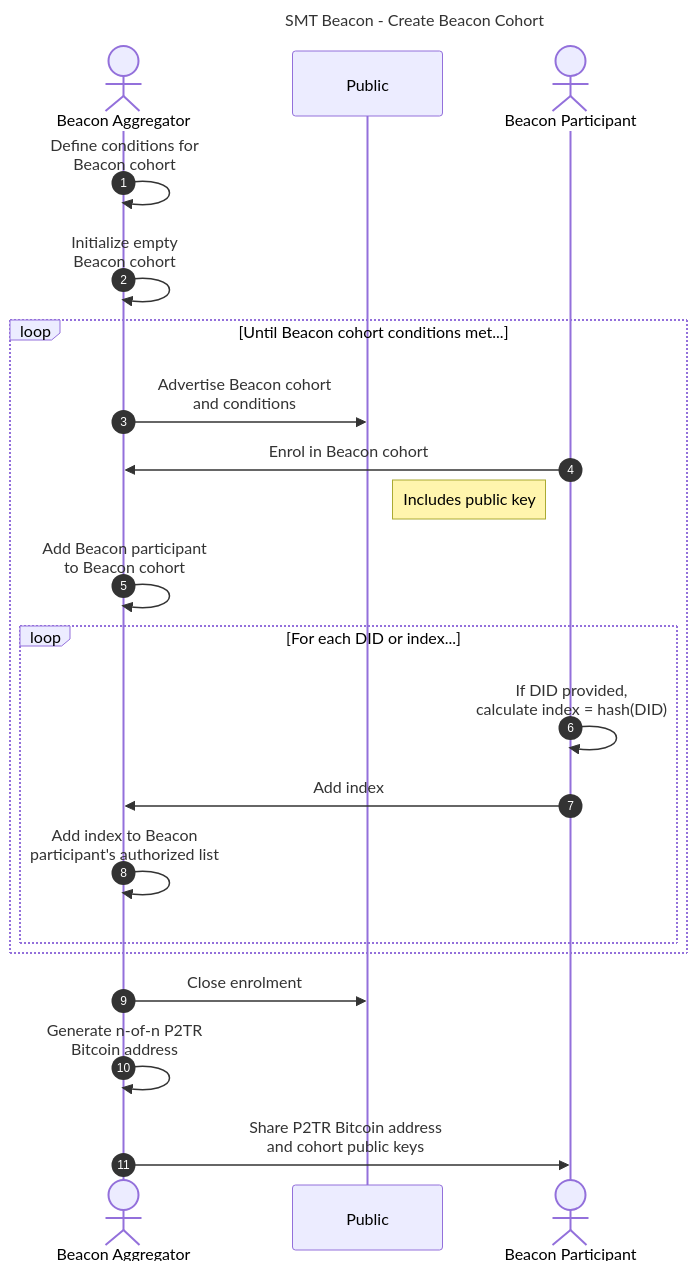
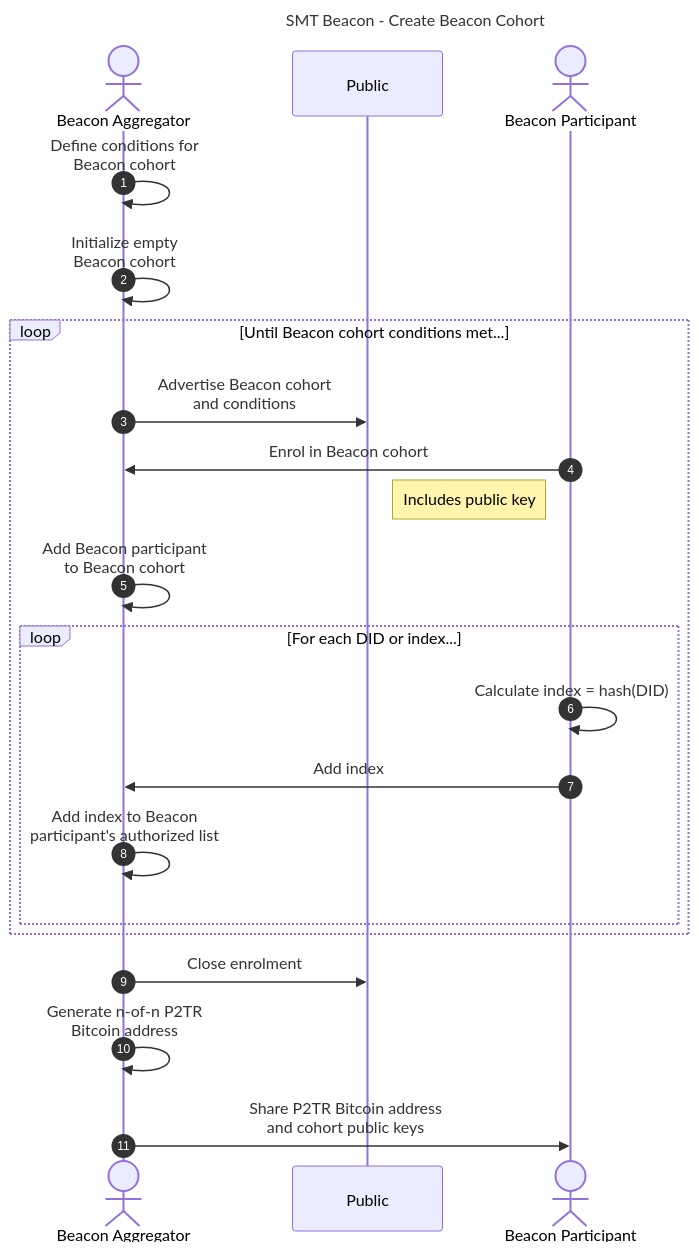
Before and after one commit to dcdpr/did-btc1: the third of 4 diagrams in chapters/Beacons.md, drawn with Mermaid.

Commit message:
Fixed minor error in SMT Create Beacon Cohort.

````diff
--- a/chapters/Beacons.md
+++ b/chapters/Beacons.md
@@ -301,29 +301,29 @@
 ```mermaid
 sequenceDiagram
     autonumber
     title SMT Beacon - Create Beacon Cohort
 
     actor A as Beacon Aggregator
     participant P as Public
     actor R as Beacon Participant
 
     A ->> A: Define conditions for<br/>Beacon cohort
     A ->> A: Initialize empty<br/>Beacon cohort
 
     loop Until Beacon cohort conditions met...
         A ->> P: Advertise Beacon cohort<br/>and conditions
         R ->> A: Enrol in Beacon cohort
         note left of R: Includes public key
         A ->> A: Add Beacon participant<br/>to Beacon cohort
 
         loop For each DID or index...
-            R ->> R: If DID provided,<br/>calculate index = hash(DID)
+            R ->> R: Calculate index = hash(DID)
             R ->> A: Add index
             A ->> A: Add index to Beacon<br/>participant's authorized list
         end
     end
 
     A ->> P: Close enrolment
     A ->> A: Generate n-of-n P2TR<br/>Bitcoin address
     A ->> R: Share P2TR Bitcoin address<br/>and cohort public keys
 ```
````
